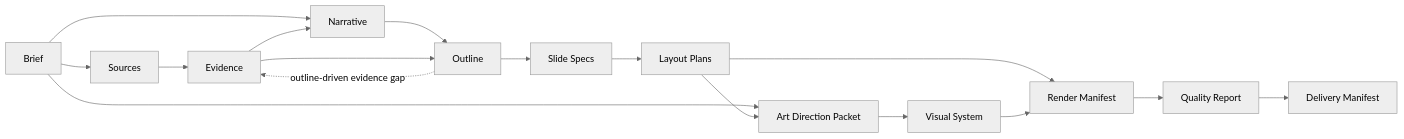
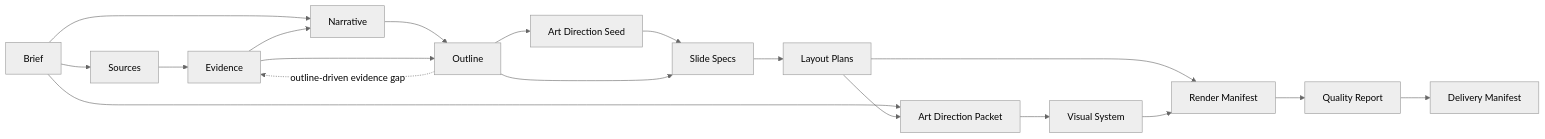
The second of 2 diagrams in docs/02-architecture.md (rv198-star/Slidethus), drawn with Mermaid (neutral theme) before and after one commit. The commit also changed other lines of this file and 43 other files, not shown here.

````diff
--- a/docs/02-architecture.md
+++ b/docs/02-architecture.md
@@ -158,19 +158,21 @@
 ```mermaid
 flowchart LR
     B[Brief] --> S[Sources]
     S --> E[Evidence]
     B --> N[Narrative]
     E --> N
     N --> O[Outline]
     E --> O
     O -. outline-driven evidence gap .-> E
+    O --> ADS[Art Direction Seed]
+    ADS --> SP[Slide Specs]
     O --> SP[Slide Specs]
     SP --> LP[Layout Plans]
     B --> AD[Art Direction Packet]
     LP --> AD
     AD --> VS[Visual System]
     LP --> RM[Render Manifest]
     VS --> RM
     RM --> QR[Quality Report]
     QR --> DM[Delivery Manifest]
 ```
````
